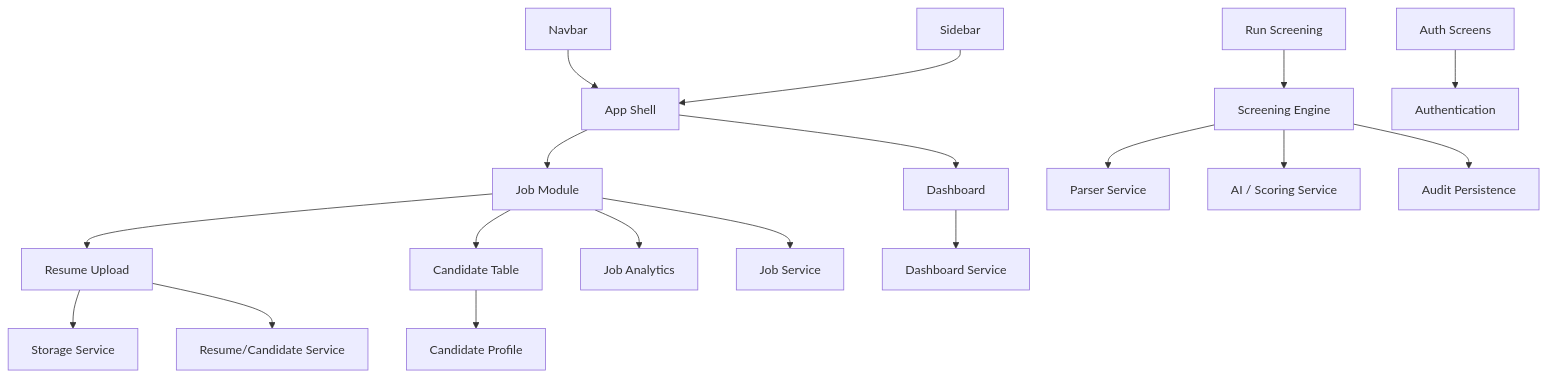
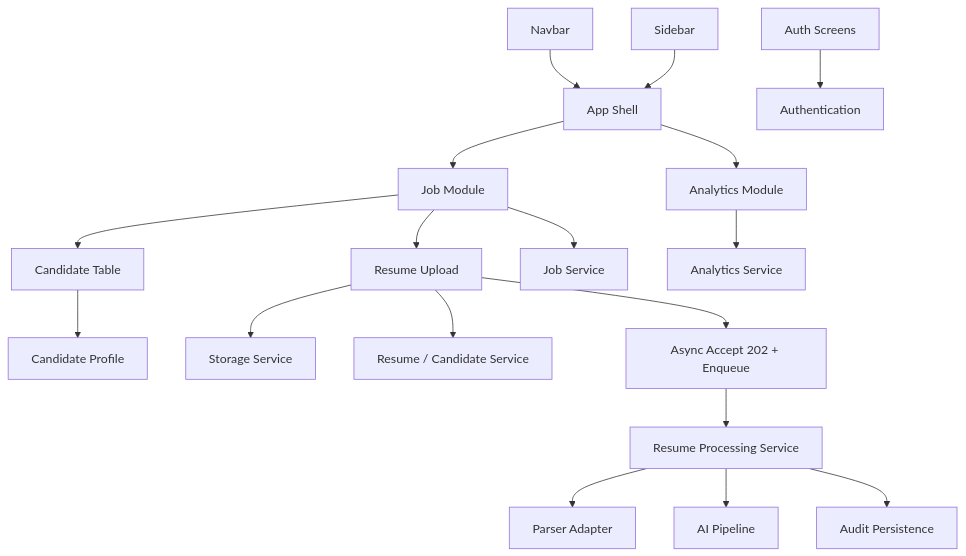
Before and after one commit to VishnuVardhan-CH-2022/resume-rank-ai-dev: the fifth of 17 diagrams in docs/02-design/04-System-Design-Document.md, drawn with Mermaid. The commit also changed other lines of this file and 4 other files, not shown here.

````diff
--- a/docs/02-design/04-System-Design-Document.md
+++ b/docs/02-design/04-System-Design-Document.md
@@ -381,20 +392,20 @@
 ```mermaid
 flowchart TB
   Nav[Navbar] --> Shell[App Shell]
   Side[Sidebar] --> Shell
-  Shell --> Dash[Dashboard]
+  Shell --> AnalyticsUI[Analytics Module]
   Shell --> Jobs[Job Module]
   Jobs --> Upload[Resume Upload]
   Jobs --> Table[Candidate Table]
   Table --> Profile[Candidate Profile]
-  Jobs --> Analytics[Job Analytics]
   Upload --> StorageSvc[Storage Service]
-  Upload --> ResumeSvc[Resume/Candidate Service]
+  Upload --> ResumeSvc[Resume / Candidate Service]
+  Upload --> Accept[Async Accept 202 + Enqueue]
+  Accept --> RPS[Resume Processing Service]
+  RPS --> Parser[Parser Adapter]
+  RPS --> AIPipe[AI Pipeline]
+  RPS --> Audit[Audit Persistence]
   Jobs --> JobSvc[Job Service]
-  ScreenBtn[Run Screening] --> AISvc[Screening Engine]
-  AISvc --> Parser[Parser Service]
-  AISvc --> GeminiSvc[AI / Scoring Service]
-  AISvc --> Audit[Audit Persistence]
-  Dash --> DashSvc[Dashboard Service]
+  AnalyticsUI --> AnalyticsSvc[Analytics Service]
   AuthUI[Auth Screens] --> AuthSvc[Authentication]
 ```
````
